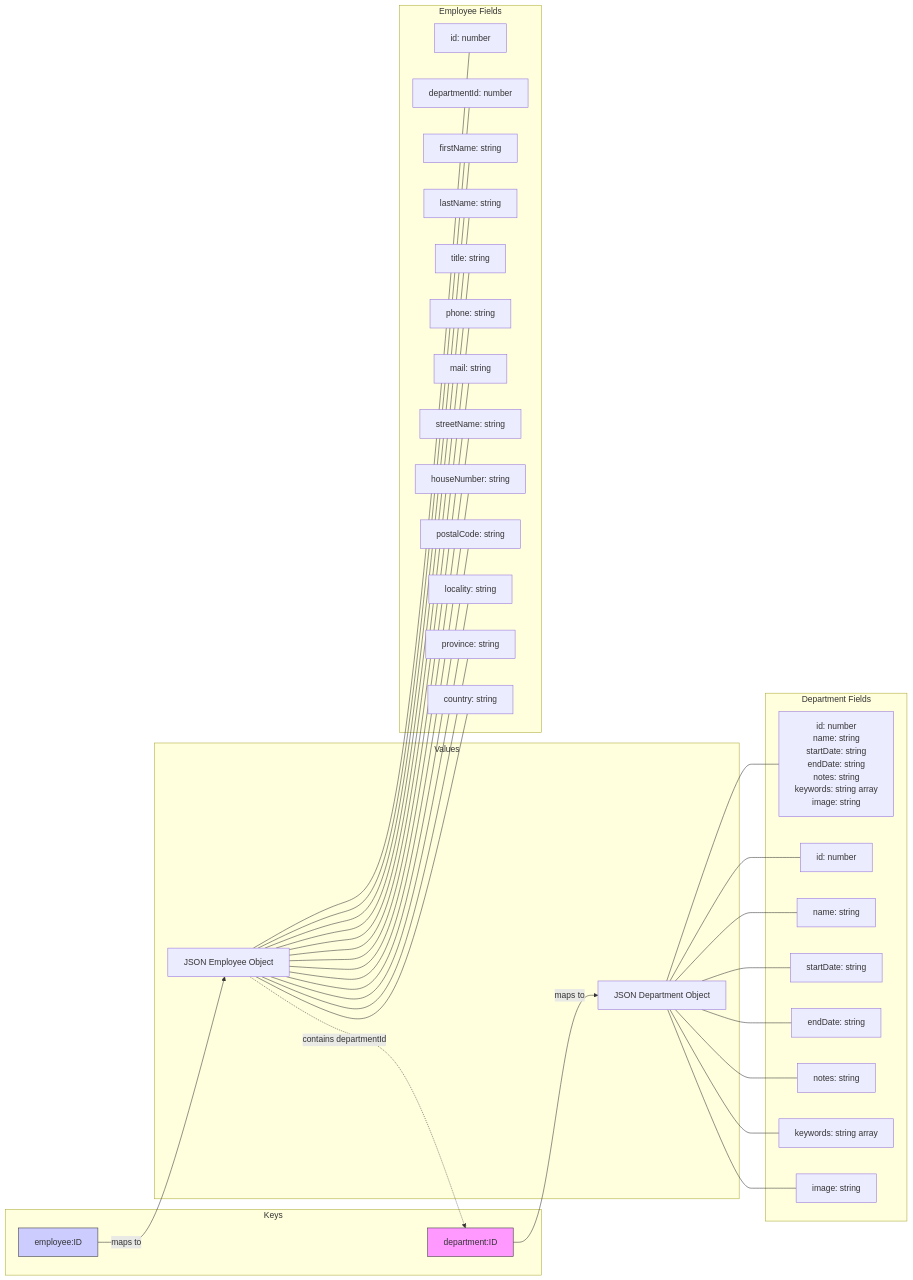
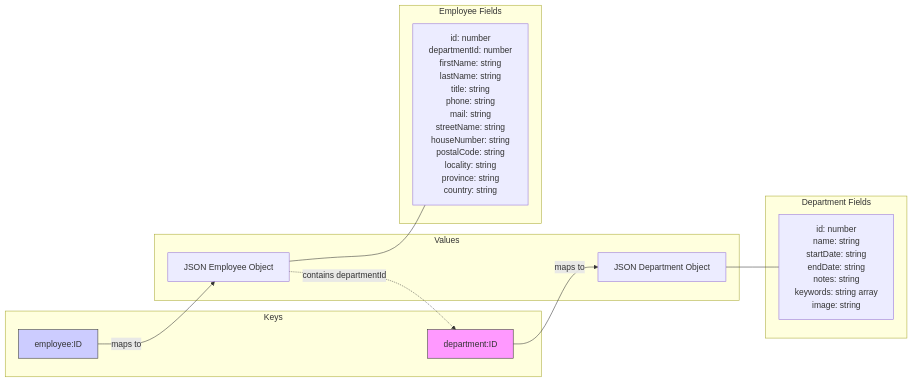
One commit to k1729p/Study28 changed the diagram in docs/mermaid/flowchartRedis.md. Above: the diagram before and after it, drawn with Mermaid. The commit also changed 9 other files, not shown here.

````diff
--- a/docs/mermaid/flowchartRedis.md
+++ b/docs/mermaid/flowchartRedis.md
@@ -3,53 +3,46 @@
 ```mermaid
 flowchart LR
     subgraph Keys
         D_Key[department:ID]
         E_Key[employee:ID]
     end
 
     subgraph Values
         D_Val[JSON Department Object]
         E_Val[JSON Employee Object]
     end
 
     D_Key -->|maps to| D_Val
     E_Key -->|maps to| E_Val
 
     E_Val -.->|contains departmentId| D_Key
 
     subgraph Department Fields
         D_Val --- d["`id: number
                       name: string
                       startDate: string
                       endDate: string
                       notes: string
                       keywords: string array
                       image: string`"]    
-        D_Val --- d01[id: number]
-        D_Val --- d02[name: string]
-        D_Val --- d03[startDate: string]
-        D_Val --- d04[endDate: string]
-        D_Val --- d05[notes: string]
-        D_Val --- d06[keywords: string array]
-        D_Val --- d07[image: string]
     end
 
     subgraph Employee Fields
-        E_Val --- e01[id: number]
-        E_Val --- e02[departmentId: number]
-        E_Val --- e03[firstName: string]
-        E_Val --- e04[lastName: string]
-        E_Val --- e05[title: string]
-        E_Val --- e06[phone: string]
-        E_Val --- e07[mail: string]
-        E_Val --- e08[streetName: string]
-        E_Val --- e09[houseNumber: string]
-        E_Val --- e10[postalCode: string]
-        E_Val --- e11[locality: string]
-        E_Val --- e12[province: string]
-        E_Val --- e13[country: string]
+        E_Val --- e["`id: number
+                      departmentId: number
+                      firstName: string
+                      lastName: string
+                      title: string
+                      phone: string
+                      mail: string
+                      streetName: string
+                      houseNumber: string
+                      postalCode: string
+                      locality: string
+                      province: string
+                      country: string`"]
     end
 
     style D_Key fill:#f9f,stroke:#333
     style E_Key fill:#ccf,stroke:#333
 ```
````
